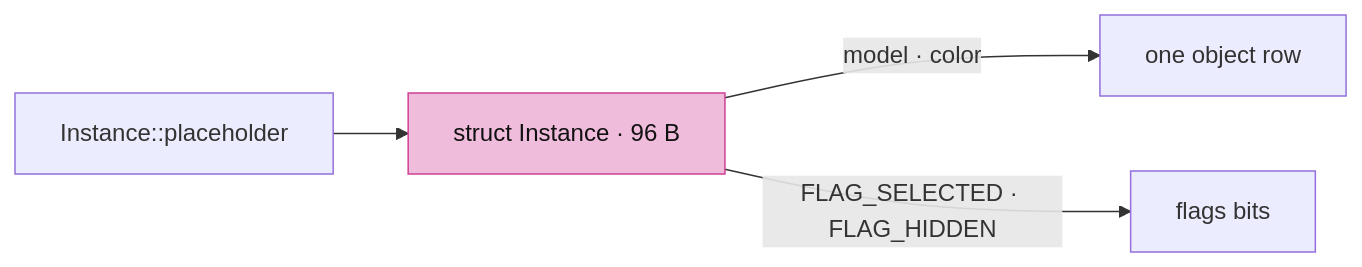
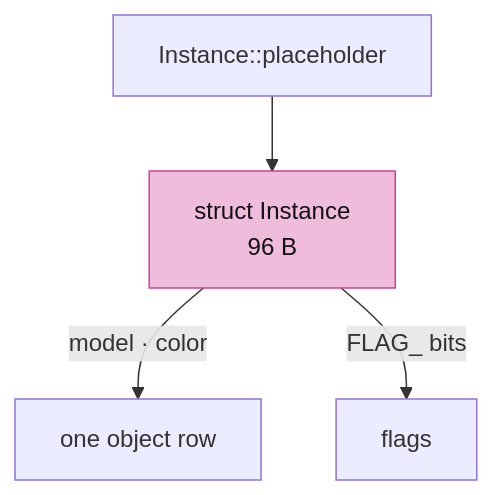
Before and after one commit to petrasvestartas/session: the second of 6 diagrams in session_viewer/docs/03-identity.md, drawn with Mermaid. The commit also changed other lines of this file and 34 other files, not shown here.

First line of the commit message:
Course: each lesson teaches its file's final form; diagrams fit the column

````diff
--- a/session_viewer/docs/03-identity.md
+++ b/session_viewer/docs/03-identity.md
@@ -29,7 +29,7 @@
 ```mermaid
-flowchart LR
-    I["struct Instance · 96 B"] -- "model · color" --> R["one object row"]
-    I -- "FLAG_SELECTED · FLAG_HIDDEN" --> F["flags bits"]
-    P["Instance::placeholder"] --> I
+flowchart TB
+    P["Instance::placeholder"] --> I["struct Instance<br/>96 B"]
+    I -- "model · color" --> R["one object row"]
+    I -- "FLAG_ bits" --> F["flags"]
     style I fill:#f0bcdb,stroke:#ce4095,color:#111
 ```
````
